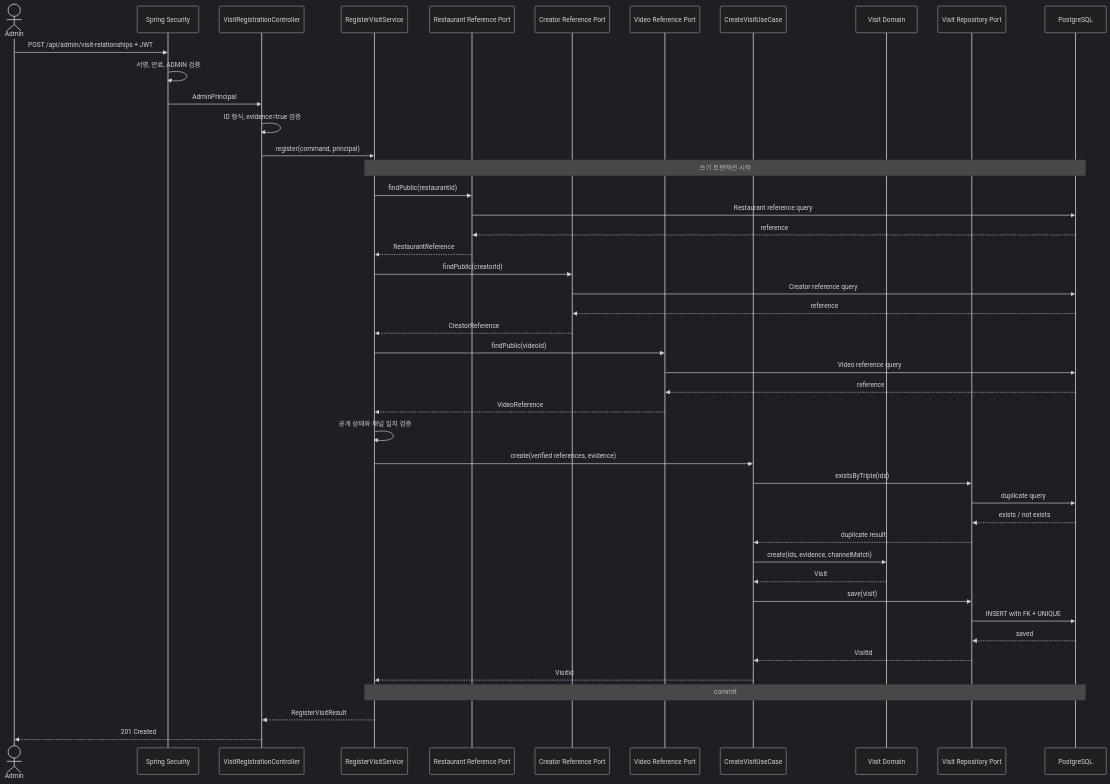
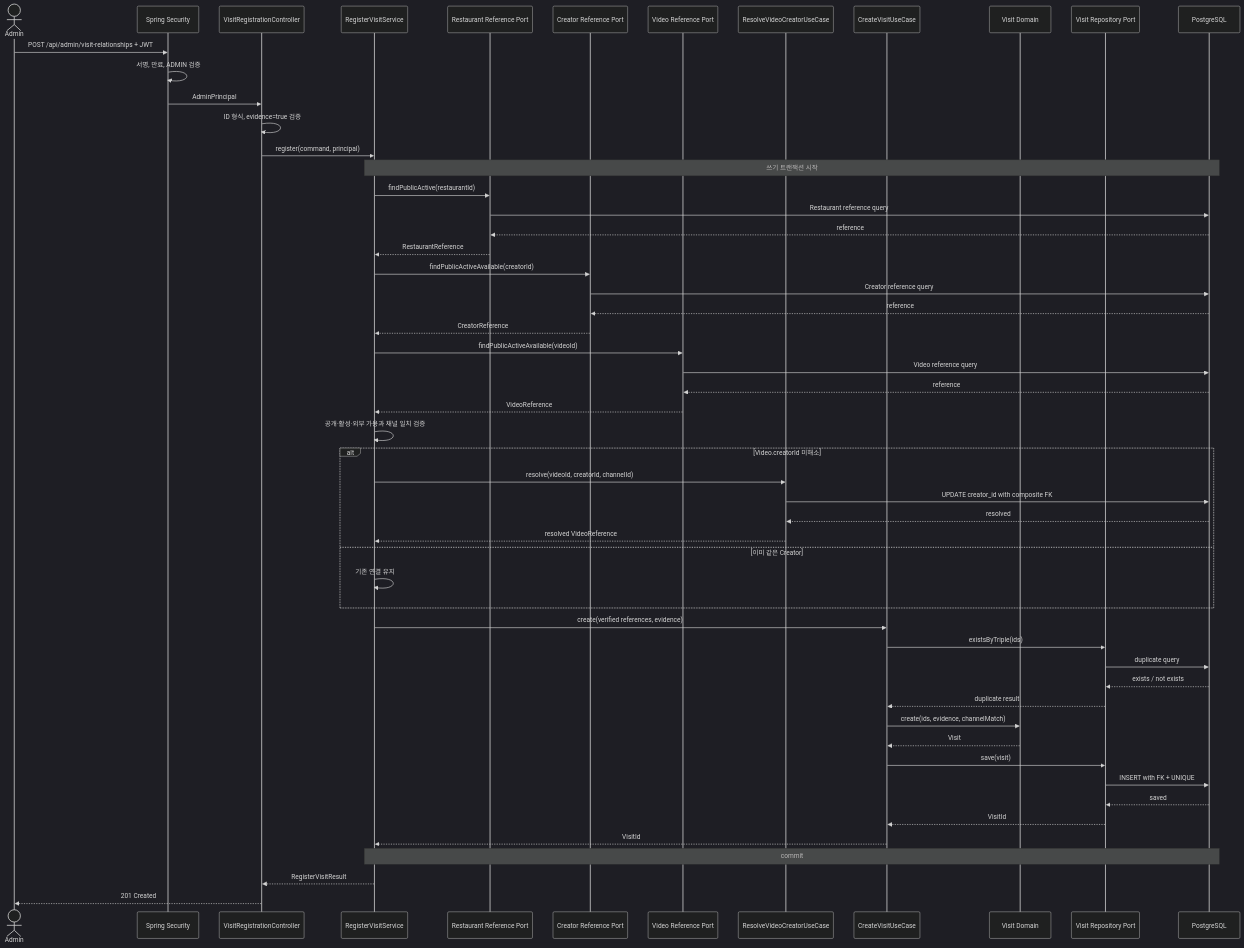
The diagram in docs/06-architecture/diagrams/visit-registration-sequence.md (team-youngkk/masit-on), drawn with Mermaid (dark theme) before and after one commit. The commit also changed other lines of this file and 68 other files, not shown here.

````diff
--- a/docs/06-architecture/diagrams/visit-registration-sequence.md
+++ b/docs/06-architecture/diagrams/visit-registration-sequence.md
@@ -3,49 +3,58 @@
 ```mermaid
 sequenceDiagram
     actor Admin
     participant Security as Spring Security
     participant Controller as VisitRegistrationController
     participant Service as RegisterVisitService
     participant Restaurant as Restaurant Reference Port
     participant Creator as Creator Reference Port
     participant Video as Video Reference Port
+    participant VideoLink as ResolveVideoCreatorUseCase
     participant VisitUseCase as CreateVisitUseCase
     participant Visit as Visit Domain
     participant Repository as Visit Repository Port
     participant DB as PostgreSQL
 
     Admin->>Security: POST /api/admin/visit-relationships + JWT
     Security->>Security: 서명, 만료, ADMIN 검증
     Security->>Controller: AdminPrincipal
     Controller->>Controller: ID 형식, evidence=true 검증
     Controller->>Service: register(command, principal)
     Note over Service,DB: 쓰기 트랜잭션 시작
-    Service->>Restaurant: findPublic(restaurantId)
+    Service->>Restaurant: findPublicActive(restaurantId)
     Restaurant->>DB: Restaurant reference query
     DB-->>Restaurant: reference
     Restaurant-->>Service: RestaurantReference
-    Service->>Creator: findPublic(creatorId)
+    Service->>Creator: findPublicActiveAvailable(creatorId)
     Creator->>DB: Creator reference query
     DB-->>Creator: reference
     Creator-->>Service: CreatorReference
-    Service->>Video: findPublic(videoId)
+    Service->>Video: findPublicActiveAvailable(videoId)
     Video->>DB: Video reference query
     DB-->>Video: reference
     Video-->>Service: VideoReference
-    Service->>Service: 공개 상태와 채널 일치 검증
+    Service->>Service: 공개·활성·외부 가용과 채널 일치 검증
+    alt Video.creatorId 미해소
+        Service->>VideoLink: resolve(videoId, creatorId, channelId)
+        VideoLink->>DB: UPDATE creator_id with composite FK
+        DB-->>VideoLink: resolved
+        VideoLink-->>Service: resolved VideoReference
+    else 이미 같은 Creator
+        Service->>Service: 기존 연결 유지
+    end
     Service->>VisitUseCase: create(verified references, evidence)
     VisitUseCase->>Repository: existsByTriple(ids)
     Repository->>DB: duplicate query
     DB-->>Repository: exists / not exists
     Repository-->>VisitUseCase: duplicate result
     VisitUseCase->>Visit: create(ids, evidence, channelMatch)
     Visit-->>VisitUseCase: Visit
     VisitUseCase->>Repository: save(visit)
     Repository->>DB: INSERT with FK + UNIQUE
     DB-->>Repository: saved
     Repository-->>VisitUseCase: VisitId
     VisitUseCase-->>Service: VisitId
     Note over Service,DB: commit
     Service-->>Controller: RegisterVisitResult
     Controller-->>Admin: 201 Created
 ```
````
